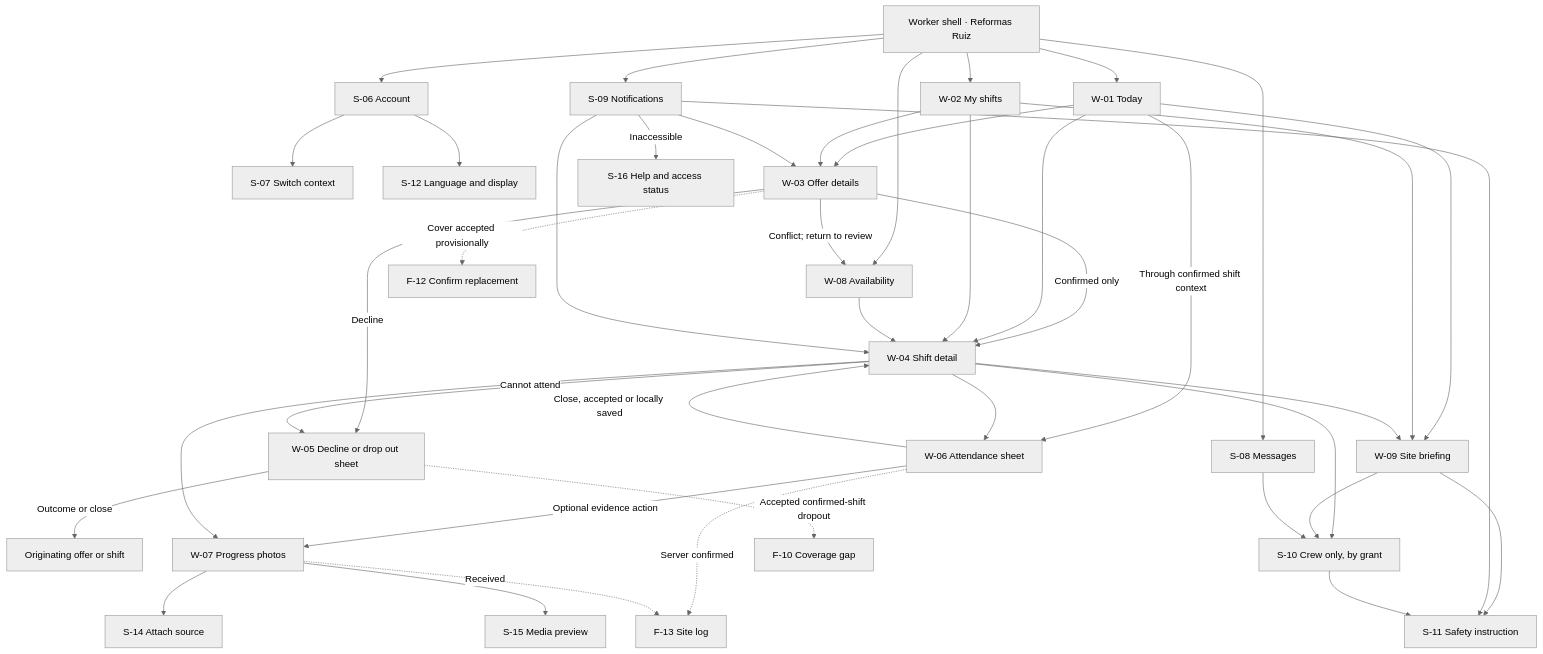
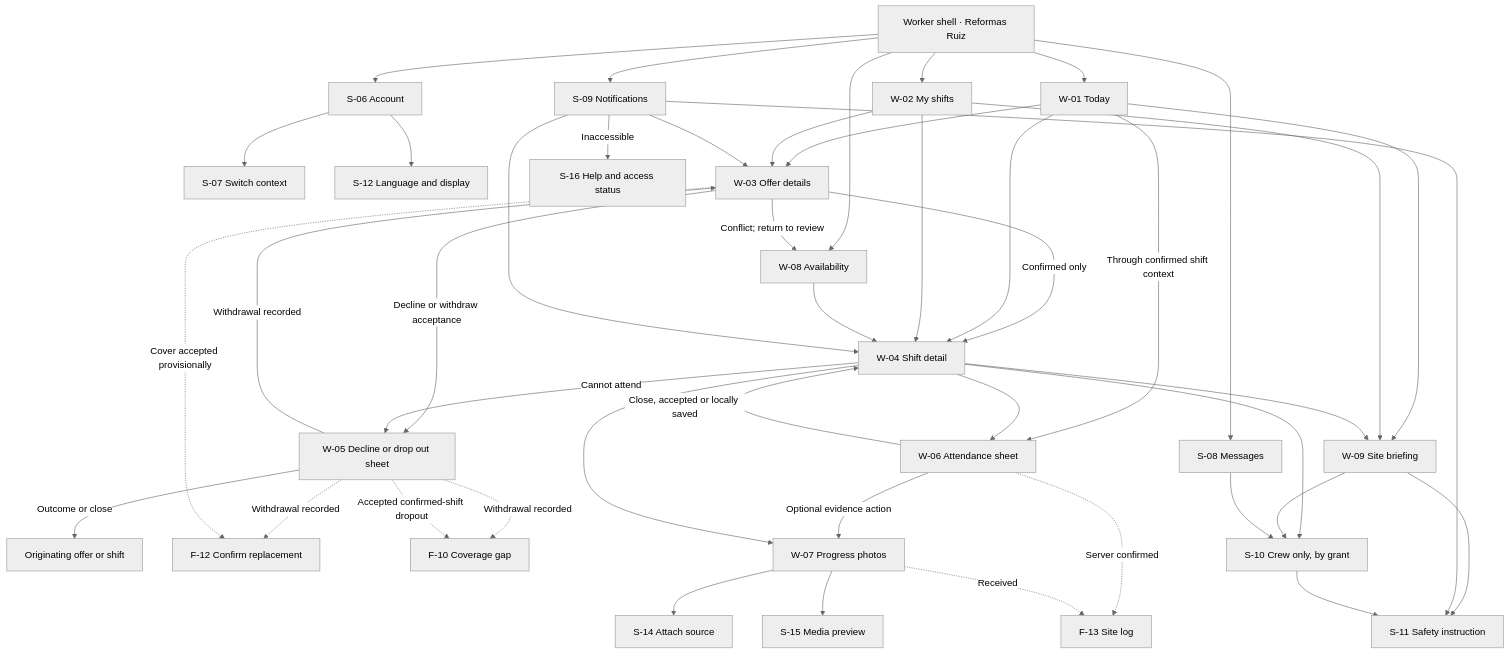
One commit to Artimunor/bookbuddy changed the diagram in design/screens/worker/W-01_W-09-specs.md. Above: the diagram before and after it, drawn with Mermaid (neutral theme). The commit also changed other lines of this file and 49 other files, not shown here.

````diff
--- a/design/screens/worker/W-01_W-09-specs.md
+++ b/design/screens/worker/W-01_W-09-specs.md
@@ -110,44 +114,47 @@
 ```mermaid
 flowchart TD
     Shell[Worker shell · Reformas Ruiz] --> Today[W-01 Today]
     Shell --> Shifts[W-02 My shifts]
     Shell --> Availability[W-08 Availability]
     Shell --> Inbox[S-08 Messages]
     Shell --> Account[S-06 Account]
     Shell --> Notice[S-09 Notifications]
     Account --> Context[S-07 Switch context]
     Account --> Display[S-12 Language and display]
     Today --> Offer[W-03 Offer details]
     Shifts --> Offer
     Notice --> Offer
-    Offer -->|Decline| Drop[W-05 Decline or drop out sheet]
+    Offer -->|Decline or withdraw acceptance| Drop[W-05 Decline or drop out sheet]
     Offer -->|Conflict; return to review| Availability
     Offer -->|Confirmed only| Shift[W-04 Shift detail]
     Today --> Shift
     Shifts --> Shift
     Availability --> Shift
     Notice --> Shift
     Shift -->|Cannot attend| Drop
     Drop -->|Outcome or close| Return[Originating offer or shift]
+    Drop -->|Withdrawal recorded| Offer
+    Drop -.->|Withdrawal recorded| Confirm
+    Drop -.->|Withdrawal recorded| Gap
     Today --> Brief[W-09 Site briefing]
     Shifts --> Brief
     Shift --> Brief
     Brief --> Safety[S-11 Safety instruction]
     Notice --> Safety
     Today -->|Through confirmed shift context| Attend[W-06 Attendance sheet]
     Shift --> Attend
     Attend -->|Close, accepted or locally saved| Shift
     Attend -->|Optional evidence action| Photos[W-07 Progress photos]
     Shift --> Photos
     Photos --> Attach[S-14 Attach source]
     Photos --> Preview[S-15 Media preview]
     Shift --> Crew[S-10 Crew only, by grant]
     Brief --> Crew
     Inbox --> Crew
     Crew --> Safety
     Attend -.->|Server confirmed| Log[F-13 Site log]
     Photos -.->|Received| Log
     Drop -.->|Accepted confirmed-shift dropout| Gap[F-10 Coverage gap]
     Offer -.->|Cover accepted provisionally| Confirm[F-12 Confirm replacement]
     Notice -->|Inaccessible| Help[S-16 Help and access status]
 ```
````
